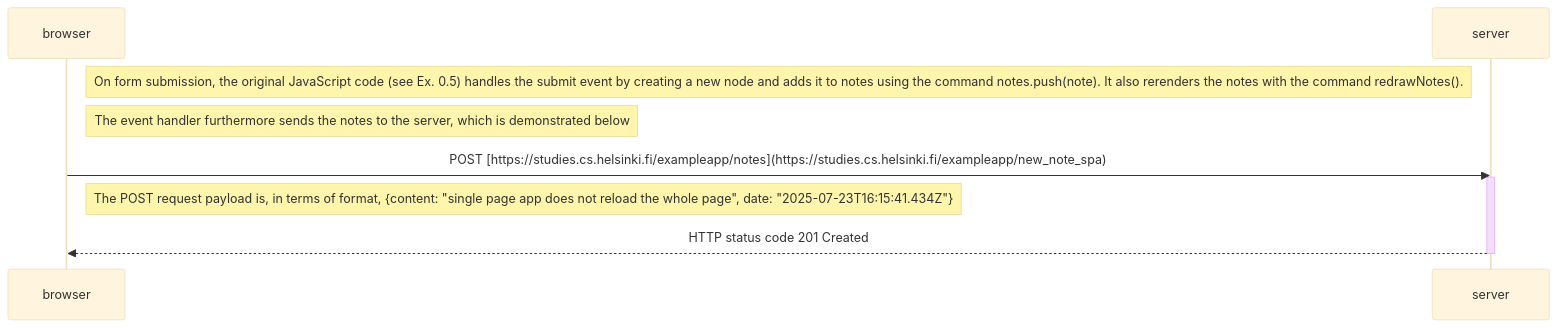
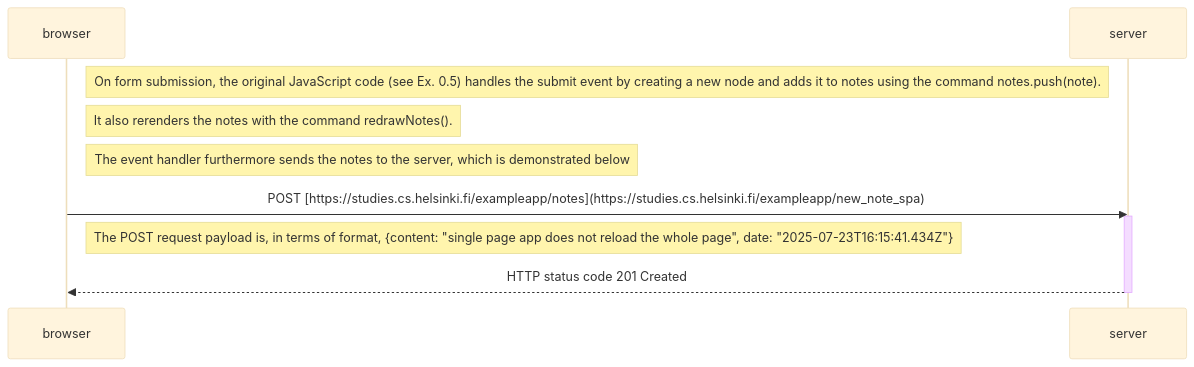
Before and after one commit to syralie/FullStackOpen: the fourth of 4 diagrams in part0/part0.md, drawn with Mermaid (base theme).

````diff
--- a/part0/part0.md
+++ b/part0/part0.md
@@ -107,15 +107,16 @@
 ```mermaid
 sequenceDiagram
     participant browser
     participant server
 
-    Note right of browser: On form submission, the original JavaScript code (see Ex. 0.5) handles the submit event by creating a new node and adds it to     notes using the command notes.push(note). It also rerenders the notes with the command redrawNotes().
+    Note right of browser: On form submission, the original JavaScript code (see Ex. 0.5) handles the submit event by creating a new node and adds it to     notes using the command notes.push(note).
+    Note right of browser: It also rerenders the notes with the command redrawNotes().
 
     Note right of browser: The event handler furthermore sends the notes to the server, which is demonstrated below
     
     browser->>server: POST [https://studies.cs.helsinki.fi/exampleapp/notes](https://studies.cs.helsinki.fi/exampleapp/new_note_spa)
     activate server
     Note right of browser: The POST request payload is, in terms of format, {content: "single page app does not reload the whole page", date: "2025-07-23T16:15:41.434Z"}
     server-->>browser: HTTP status code 201 Created
     deactivate server
 ```
````
